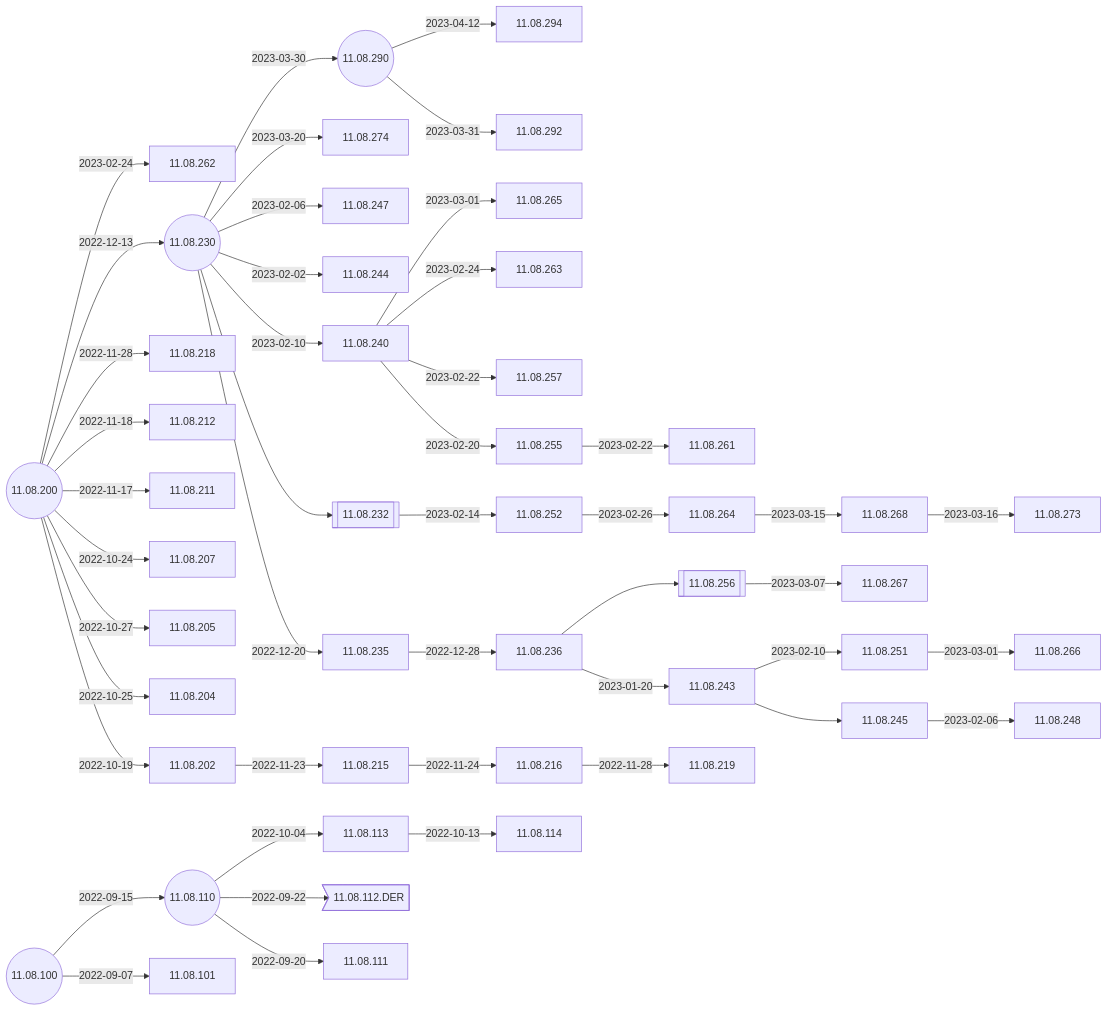
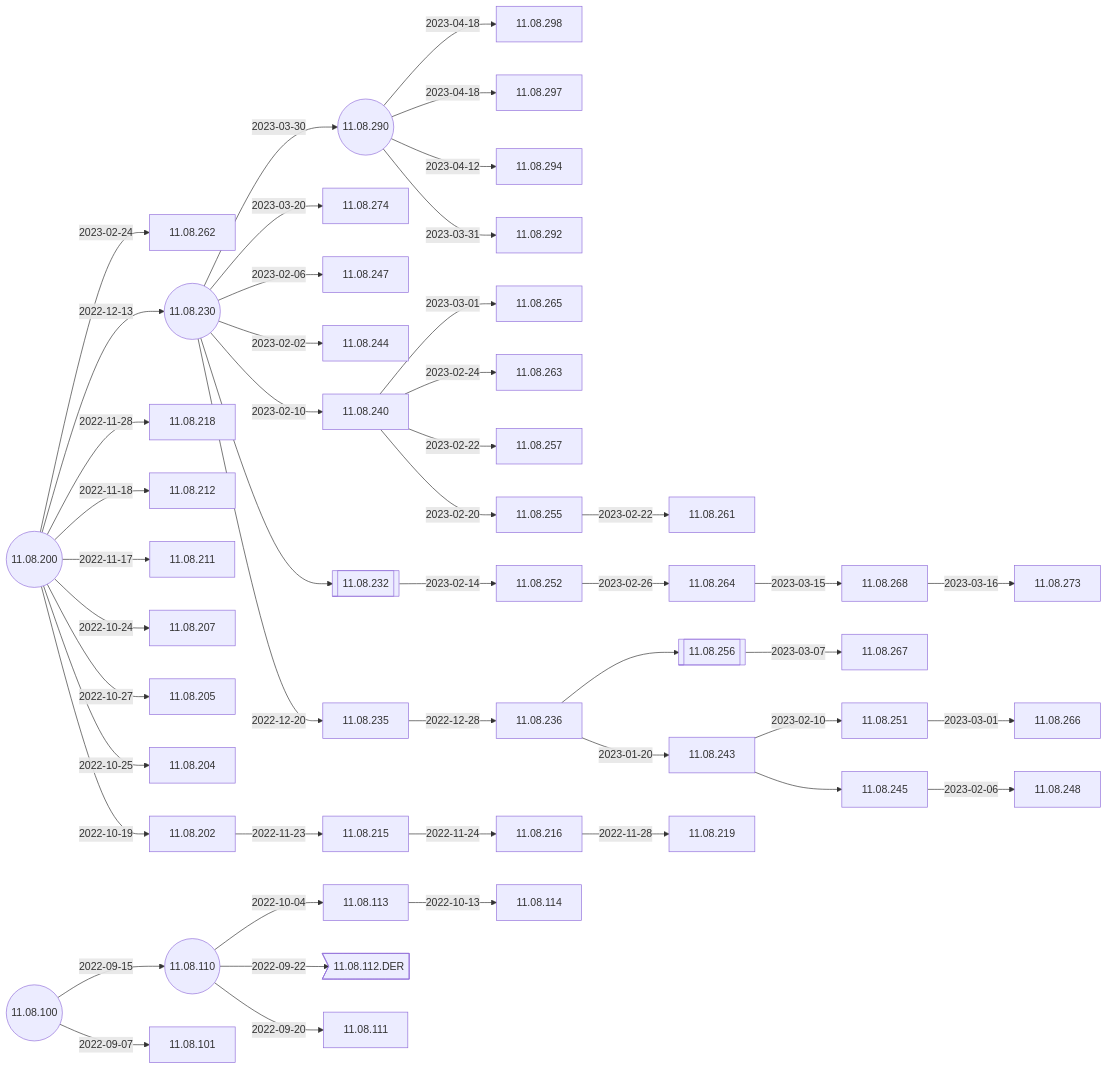
The second of 4 diagrams in docs/Docs/ReleaseNotes/01-OS11/README.md (IGEL-Community/IGEL-Docs-v02), drawn with Mermaid before and after one commit. The commit also changed 2 other files, not shown here.

Commit message:
Cosmos GA Today (18 April)

````diff
--- a/docs/Docs/ReleaseNotes/01-OS11/README.md
+++ b/docs/Docs/ReleaseNotes/01-OS11/README.md
@@ -39,68 +39,72 @@
 ```mermaid
 flowchart LR
+    11.08.290-- 2023-04-18 -->11.08.298
+    11.08.290-- 2023-04-18 -->11.08.297
     11.08.290-- 2023-04-12 -->11.08.294
     11.08.290-- 2023-03-31 -->11.08.292
     11.08.230-- 2023-03-30 -->11.08.290((11.08.290))
     11.08.230-- 2023-03-20 -->11.08.274
     11.08.236-->11.08.256[[11.08.256]]-- 2023-03-07 -->11.08.267
     11.08.240-- 2023-03-01 -->11.08.265 
     11.08.252-- 2023-02-26 -->11.08.264-- 2023-03-15 -->11.08.268-- 2023-03-16 -->11.08.273
     11.08.200-- 2023-02-24 -->11.08.262
     11.08.243-- 2023-02-10 -->11.08.251-- 2023-03-01 -->11.08.266
     11.08.230-- 2023-02-06 -->11.08.247
     11.08.230-- 2023-02-02 -->11.08.244
     11.08.240-- 2023-02-24 -->11.08.263
     11.08.240-- 2023-02-22 -->11.08.257
     11.08.240-- 2023-02-20 -->11.08.255-- 2023-02-22 -->11.08.261
     11.08.230-- 2023-02-10 -->11.08.240
     11.08.230((11.08.230))-->11.08.232[[11.08.232]]-- 2023-02-14 -->11.08.252
     11.08.200-- 2022-12-13 -->11.08.230-- 2022-12-20 -->11.08.235-- 2022-12-28 -->11.08.236-- 2023-01-20 -->11.08.243-->11.08.245-- 2023-02-06 -->11.08.248
     11.08.200-- 2022-11-28 -->11.08.218
     11.08.200-- 2022-11-18 -->11.08.212
     11.08.200-- 2022-11-17 -->11.08.211
     11.08.200-- 2022-10-24 -->11.08.207
     11.08.200-- 2022-10-27 -->11.08.205
     11.08.200-- 2022-10-25 -->11.08.204
     11.08.200((11.08.200))-- 2022-10-19 -->11.08.202-- 2022-11-23 -->11.08.215-- 2022-11-24 -->11.08.216-- 2022-11-28 -->11.08.219
     11.08.110-- 2022-10-04 -->11.08.113-- 2022-10-13 -->11.08.114
     11.08.110((11.08.110))-- 2022-09-22 -->11.08.112.DER>11.08.112.DER]
     11.08.100-- 2022-09-15 -->11.08.110-- 2022-09-20 -->11.08.111
     11.08.100((11.08.100))-- 2022-09-07 -->11.08.101
+    click 11.08.298 "https://github.com/IGEL-Community/IGEL-Docs-v02/tree/main/docs/Docs/ReleaseNotes/01-OS11/readme11.08.298.txt" _blank
+    click 11.08.297 "https://github.com/IGEL-Community/IGEL-Docs-v02/tree/main/docs/Docs/ReleaseNotes/01-OS11/readme11.08.297.txt" _blank
     click 11.08.294 "https://github.com/IGEL-Community/IGEL-Docs-v02/tree/main/docs/Docs/ReleaseNotes/01-OS11/readme11.08.294.txt" _blank
     click 11.08.292 "https://github.com/IGEL-Community/IGEL-Docs-v02/tree/main/docs/Docs/ReleaseNotes/01-OS11/readme11.08.292.txt" _blank
     click 11.08.292 "https://github.com/IGEL-Community/IGEL-Docs-v02/tree/main/docs/Docs/ReleaseNotes/01-OS11/readme11.08.292.txt" _blank
     click 11.08.290 "https://github.com/IGEL-Community/IGEL-Docs-v02/tree/main/docs/Docs/ReleaseNotes/01-OS11/readme11.08.290.txt" _blank
     click 11.08.274 "https://github.com/IGEL-Community/IGEL-Docs-v02/tree/main/docs/Docs/ReleaseNotes/01-OS11/readme11.08.274.txt" _blank
     click 11.08.273 "https://github.com/IGEL-Community/IGEL-Docs-v02/tree/main/docs/Docs/ReleaseNotes/01-OS11/readme11.08.273.txt" _blank
     click 11.08.268 "https://github.com/IGEL-Community/IGEL-Docs-v02/tree/main/docs/Docs/ReleaseNotes/01-OS11/readme11.08.268.txt" _blank
     click 11.08.267 "https://github.com/IGEL-Community/IGEL-Docs-v02/tree/main/docs/Docs/ReleaseNotes/01-OS11/readme11.08.267.txt" _blank
     click 11.08.266 "https://github.com/IGEL-Community/IGEL-Docs-v02/tree/main/docs/Docs/ReleaseNotes/01-OS11/readme11.08.266.txt" _blank
     click 11.08.265 "https://github.com/IGEL-Community/IGEL-Docs-v02/tree/main/docs/Docs/ReleaseNotes/01-OS11/readme11.08.265.txt" _blank
     click 11.08.264 "https://github.com/IGEL-Community/IGEL-Docs-v02/tree/main/docs/Docs/ReleaseNotes/01-OS11/readme11.08.264.txt" _blank
     click 11.08.263 "https://github.com/IGEL-Community/IGEL-Docs-v02/tree/main/docs/Docs/ReleaseNotes/01-OS11/readme11.08.263.txt" _blank
     click 11.08.262 "https://github.com/IGEL-Community/IGEL-Docs-v02/tree/main/docs/Docs/ReleaseNotes/01-OS11/readme11.08.262.txt" _blank
     click 11.08.261 "https://github.com/IGEL-Community/IGEL-Docs-v02/tree/main/docs/Docs/ReleaseNotes/01-OS11/readme11.08.261.txt" _blank
     click 11.08.257 "https://github.com/IGEL-Community/IGEL-Docs-v02/tree/main/docs/Docs/ReleaseNotes/01-OS11/readme11.08.257.txt" _blank
     click 11.08.255 "https://github.com/IGEL-Community/IGEL-Docs-v02/tree/main/docs/Docs/ReleaseNotes/01-OS11/readme11.08.255.txt" _blank
     click 11.08.252 "https://github.com/IGEL-Community/IGEL-Docs-v02/tree/main/docs/Docs/ReleaseNotes/01-OS11/readme11.08.252.txt" _blank
     click 11.08.251 "https://github.com/IGEL-Community/IGEL-Docs-v02/tree/main/docs/Docs/ReleaseNotes/01-OS11/readme11.08.251.txt" _blank
     click 11.08.248 "https://github.com/IGEL-Community/IGEL-Docs-v02/tree/main/docs/Docs/ReleaseNotes/01-OS11/readme11.08.248.txt" _blank
     click 11.08.247 "https://github.com/IGEL-Community/IGEL-Docs-v02/tree/main/docs/Docs/ReleaseNotes/01-OS11/readme11.08.247.txt" _blank
     click 11.08.244 "https://github.com/IGEL-Community/IGEL-Docs-v02/tree/main/docs/Docs/ReleaseNotes/01-OS11/readme11.08.244.txt" _blank
     click 11.08.243 "https://github.com/IGEL-Community/IGEL-Docs-v02/tree/main/docs/Docs/ReleaseNotes/01-OS11/readme11.08.243.txt" _blank
     click 11.08.240 "https://github.com/IGEL-Community/IGEL-Docs-v02/tree/main/docs/Docs/ReleaseNotes/01-OS11/readme11.08.240.txt" _blank
     click 11.08.236 "https://github.com/IGEL-Community/IGEL-Docs-v02/tree/main/docs/Docs/ReleaseNotes/01-OS11/readme11.08.236.txt" _blank
     click 11.08.235 "https://github.com/IGEL-Community/IGEL-Docs-v02/tree/main/docs/Docs/ReleaseNotes/01-OS11/readme11.08.235.txt" _blank
     click 11.08.230 "https://github.com/IGEL-Community/IGEL-Docs-v02/tree/main/docs/Docs/ReleaseNotes/01-OS11/readme11.08.230.txt" _blank
     click 11.08.219 "https://github.com/IGEL-Community/IGEL-Docs-v02/tree/main/docs/Docs/ReleaseNotes/01-OS11/readme11.08.219.txt" _blank
     click 11.08.218 "https://github.com/IGEL-Community/IGEL-Docs-v02/tree/main/docs/Docs/ReleaseNotes/01-OS11/readme11.08.218.txt" _blank
     click 11.08.216 "https://github.com/IGEL-Community/IGEL-Docs-v02/tree/main/docs/Docs/ReleaseNotes/01-OS11/readme11.08.216.txt" _blank
     click 11.08.215 "https://github.com/IGEL-Community/IGEL-Docs-v02/tree/main/docs/Docs/ReleaseNotes/01-OS11/readme11.08.215.txt" _blank
     click 11.08.212 "https://github.com/IGEL-Community/IGEL-Docs-v02/tree/main/docs/Docs/ReleaseNotes/01-OS11/readme11.08.212.txt" _blank
     click 11.08.211 "https://github.com/IGEL-Community/IGEL-Docs-v02/tree/main/docs/Docs/ReleaseNotes/01-OS11/readme11.08.211.txt" _blank
     click 11.08.207 "https://github.com/IGEL-Community/IGEL-Docs-v02/tree/main/docs/Docs/ReleaseNotes/01-OS11/readme11.08.207.txt" _blank
     click 11.08.205 "https://github.com/IGEL-Community/IGEL-Docs-v02/tree/main/docs/Docs/ReleaseNotes/01-OS11/readme11.08.205.txt" _blank
     click 11.08.204 "https://github.com/IGEL-Community/IGEL-Docs-v02/tree/main/docs/Docs/ReleaseNotes/01-OS11/readme11.08.204.txt" _blank
     click 11.08.202 "https://github.com/IGEL-Community/IGEL-Docs-v02/tree/main/docs/Docs/ReleaseNotes/01-OS11/readme11.08.202.txt" _blank
     click 11.08.200 "https://github.com/IGEL-Community/IGEL-Docs-v02/tree/main/docs/Docs/ReleaseNotes/01-OS11/readme11.08.200.txt" _blank
 ```
````
